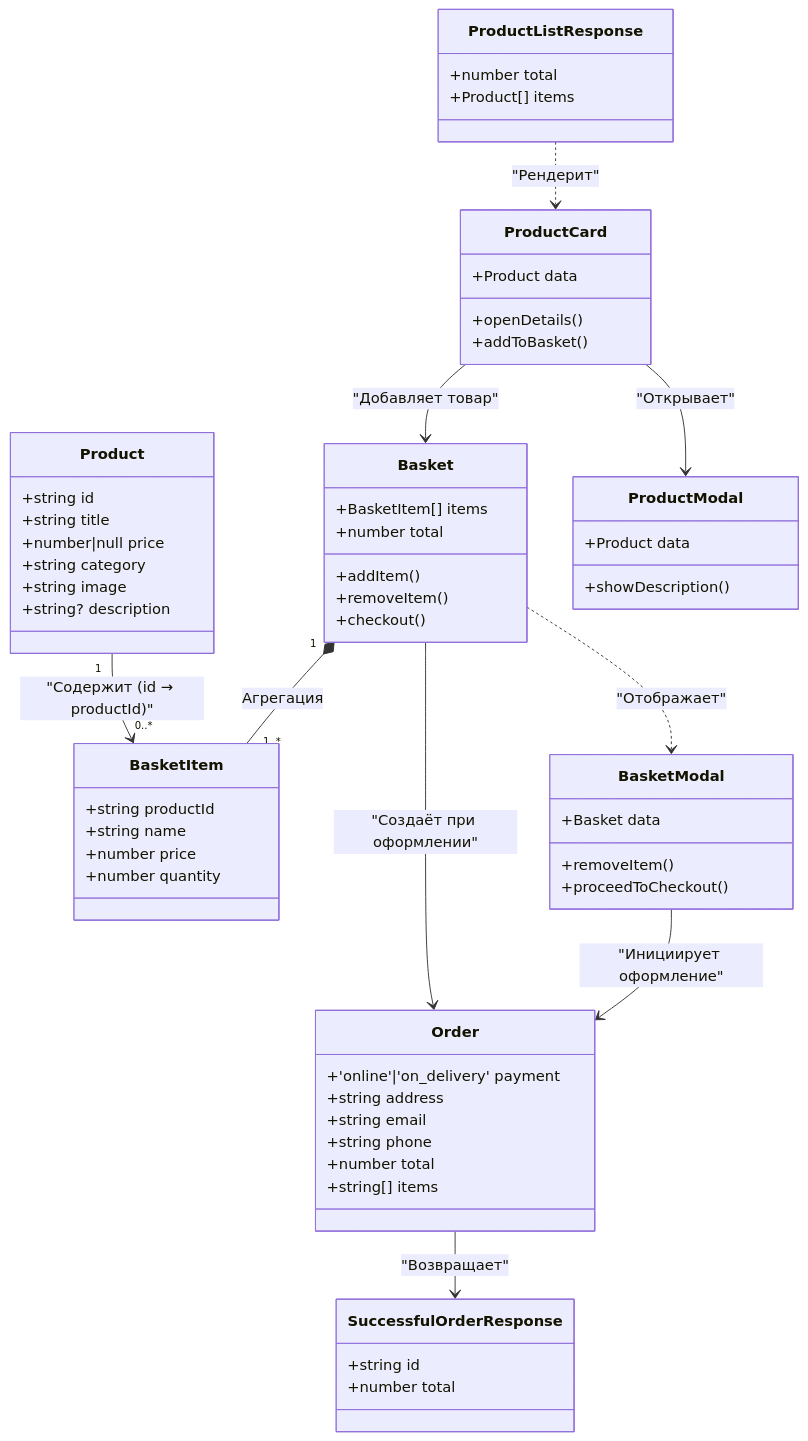
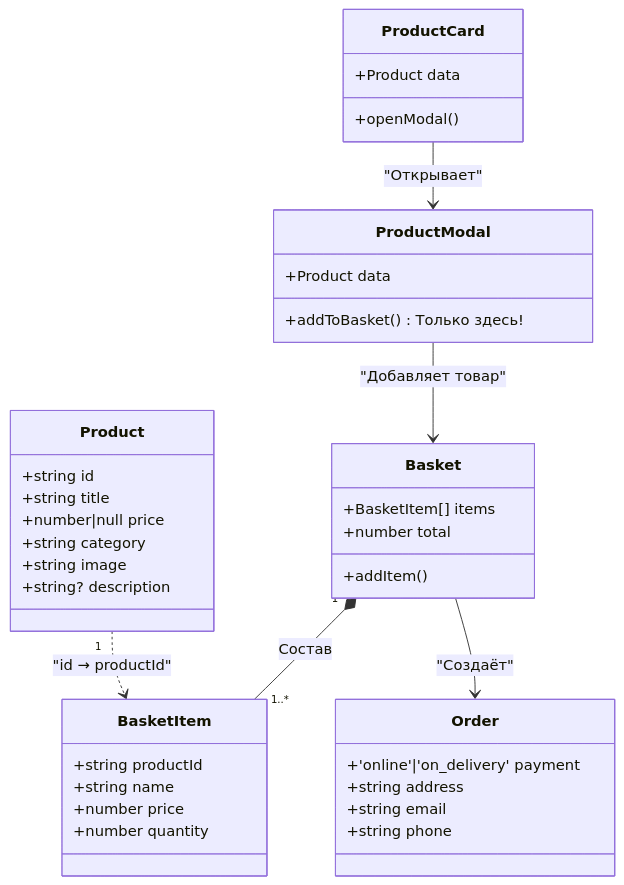
Before and after one commit to Whimsy-rat-trap/web-larek-frontend: the diagram in README.md, drawn with Mermaid.

Commit message:
Version 0.1.8(Fixed a minor logical mistake on the diagram)

````diff
--- a/README.md
+++ b/README.md
@@ -83,79 +83,53 @@
 ```mermaid
 classDiagram
     direction TB
     
     %% Основные классы данных
     class Product {
         +string id
         +string title
         +number|null price
         +string category
         +string image
         +string? description
     }
 
     class BasketItem {
         +string productId
         +string name
         +number price
         +number quantity
     }
 
     class Basket {
         +BasketItem[] items
         +number total
         +addItem()
-        +removeItem()
-        +checkout()
     }
 
+    %% UI компоненты
+    class ProductModal {
+        +Product data
+        +addToBasket() Только здесь!
+    }
+
+    class ProductCard {
+        +Product data
+        +openModal()
+    }
+
+    %% Связи
+    ProductCard --> ProductModal : "Открывает"
+    ProductModal --> Basket : "Добавляет товар"
+    Product "1" ..> BasketItem : "id → productId"
+    Basket "1" *-- "1..*" BasketItem : Состав
+
+    %% Оформление заказа
     class Order {
         +'online'|'on_delivery' payment
         +string address
         +string email
         +string phone
-        +number total
-        +string[] items
     }
-
-    class SuccessfulOrderResponse {
-        +string id
-        +number total
-    }
-
-    %% Связи между компонентами
-    Product "1" --> "0..*" BasketItem : "Содержит (id → productId)"
-    Basket "1" *-- "1..*" BasketItem : Агрегация
-    Basket --> Order : "Создаёт при оформлении"
-    Order --> SuccessfulOrderResponse : "Возвращает"
-
-    %% UI компоненты
-    class ProductListResponse {
-        +number total
-        +Product[] items
-    }
-
-    class ProductCard {
-        +Product data
-        +openDetails()
-        +addToBasket()
-    }
-
-    class ProductModal {
-        +Product data
-        +showDescription()
-    }
-
-    class BasketModal {
-        +Basket data
-        +removeItem()
-        +proceedToCheckout()
-    }
-
-    %% Взаимодействие UI
-    ProductListResponse ..> ProductCard : "Рендерит"
-    ProductCard --> ProductModal : "Открывает"
-    ProductCard --> Basket : "Добавляет товар"
-    Basket ..> BasketModal : "Отображает"
-    BasketModal --> Order : "Инициирует оформление"
+    Basket --> Order : "Создаёт"
 ```
````
